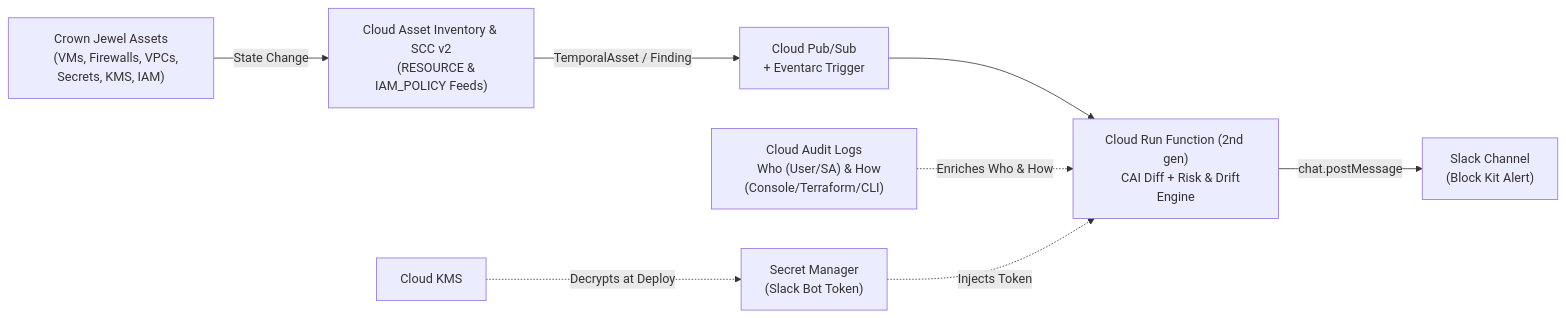
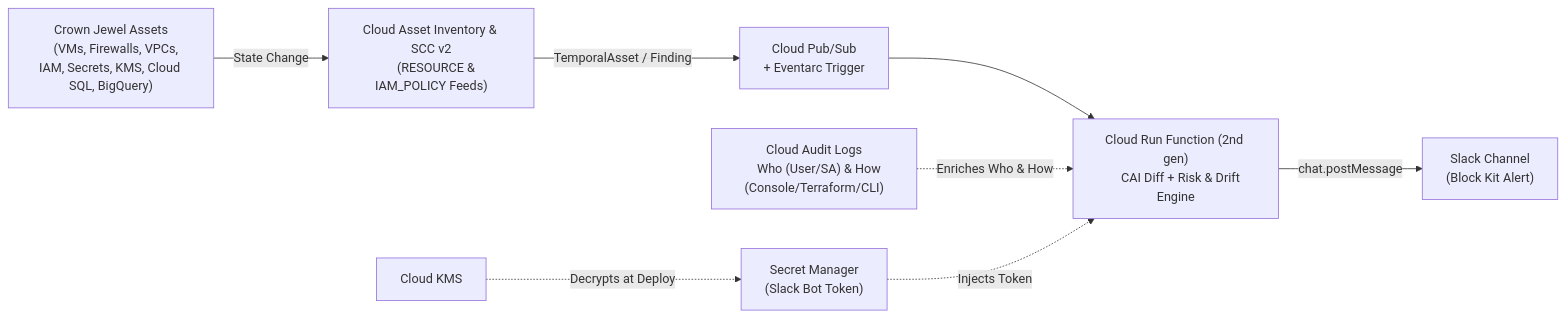
Before and after one commit to jorgecalo/google-cloud-cai-asset-change-notifications: the first of 2 diagrams in README.md, drawn with Mermaid. The commit also changed other lines of this file and 5 other files, not shown here.

````diff
--- a/README.md
+++ b/README.md
@@ -21,26 +21,26 @@
 ```mermaid
 flowchart LR
     Assets["Crown Jewel Assets
-    (VMs, Firewalls, VPCs, Secrets, KMS, IAM)"]
+    (VMs, Firewalls, VPCs, IAM, Secrets, KMS, Cloud SQL, BigQuery)"]
     CAI["Cloud Asset Inventory & SCC v2
     (RESOURCE & IAM_POLICY Feeds)"]
     PubSub["Cloud Pub/Sub
     + Eventarc Trigger"]
     Func["Cloud Run Function (2nd gen)
     CAI Diff + Risk & Drift Engine"]
     Audit["Cloud Audit Logs
     Who (User/SA) & How (Console/Terraform/CLI)"]
     KMS["Cloud KMS"]
     SM["Secret Manager
     (Slack Bot Token)"]
     Slack["Slack Channel
     (Block Kit Alert)"]
 
     Assets -->|State Change| CAI
     CAI -->|TemporalAsset / Finding| PubSub
     PubSub --> Func
     Audit -.->|Enriches Who & How| Func
     KMS -.->|Decrypts at Deploy| SM
     SM -.->|Injects Token| Func
     Func -->|chat.postMessage| Slack
 ```
````
